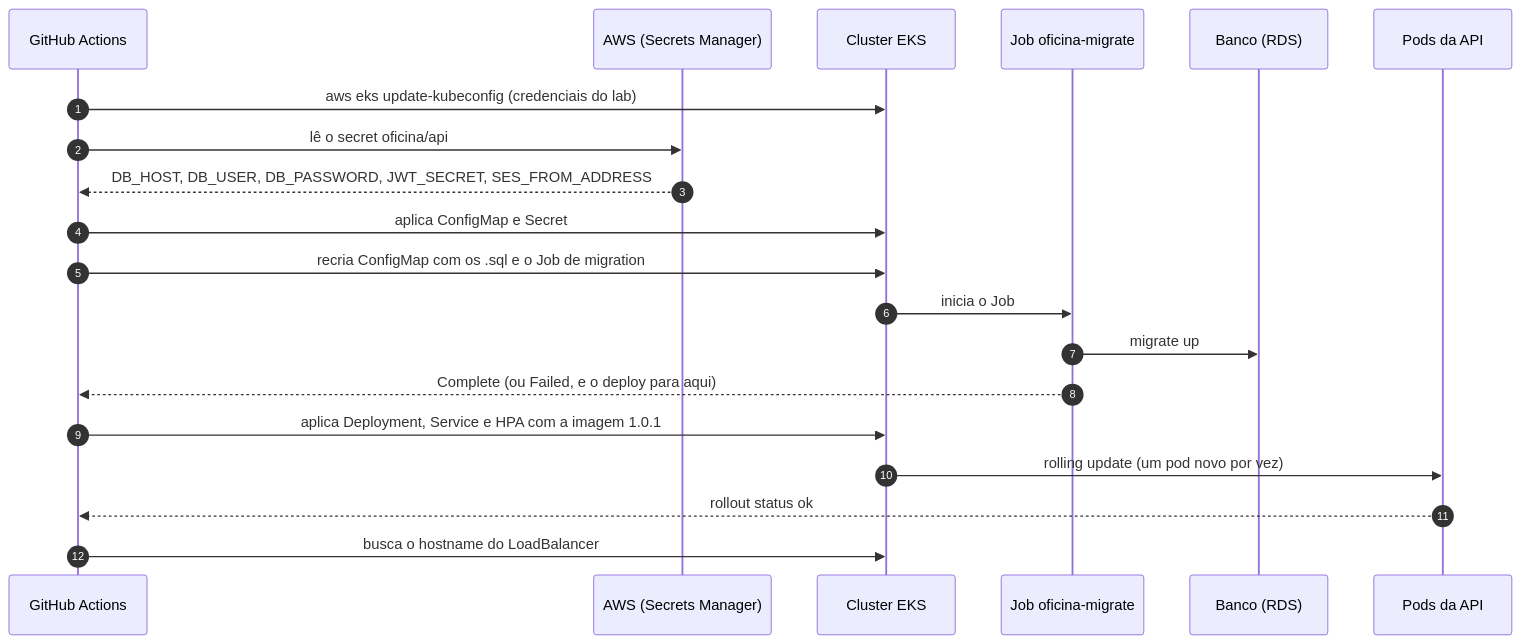
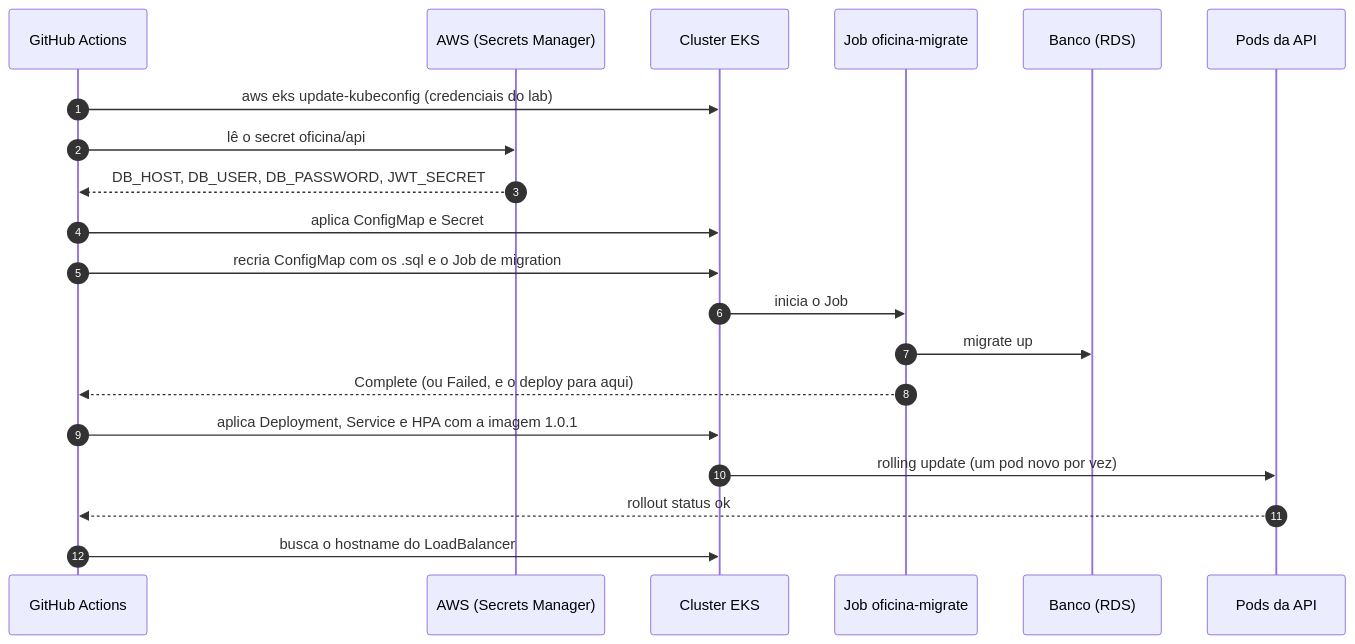
One commit to muriloperosa/soat-architecture changed the fourth of 4 diagrams in docs/CI_CD.md. Above: the diagram before and after it, drawn with Mermaid. The commit also changed other lines of this file and 19 other files, not shown here.

````diff
--- a/docs/CI_CD.md
+++ b/docs/CI_CD.md
@@ -201,23 +201,23 @@
 ```mermaid
 sequenceDiagram
     autonumber
     participant GH as GitHub Actions
     participant AWS as AWS (Secrets Manager)
     participant K as Cluster EKS
     participant J as Job oficina-migrate
     participant DB as Banco (RDS)
     participant API as Pods da API
 
     GH->>K: aws eks update-kubeconfig (credenciais do lab)
     GH->>AWS: lê o secret oficina/api
-    AWS-->>GH: DB_HOST, DB_USER, DB_PASSWORD, JWT_SECRET, SES_FROM_ADDRESS
+    AWS-->>GH: DB_HOST, DB_USER, DB_PASSWORD, JWT_SECRET
     GH->>K: aplica ConfigMap e Secret
     GH->>K: recria ConfigMap com os .sql e o Job de migration
     K->>J: inicia o Job
     J->>DB: migrate up
     J-->>GH: Complete (ou Failed, e o deploy para aqui)
     GH->>K: aplica Deployment, Service e HPA com a imagem 1.0.1
     K->>API: rolling update (um pod novo por vez)
     API-->>GH: rollout status ok
     GH->>K: busca o hostname do LoadBalancer
 ```
````
